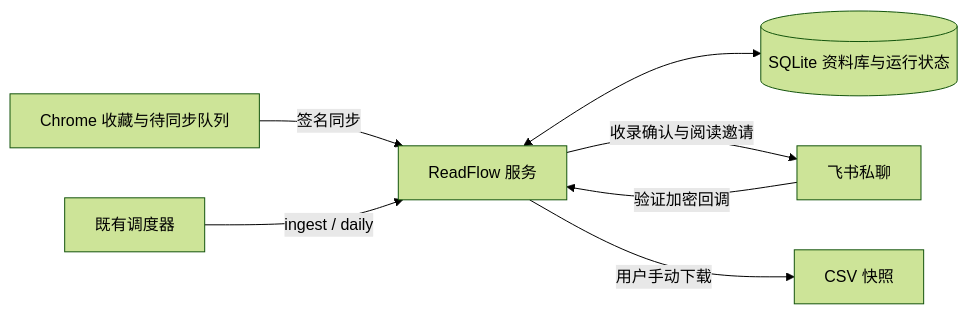
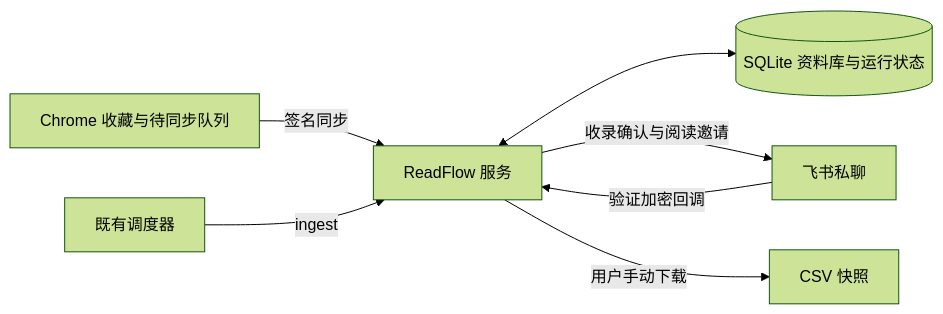
One commit to fifteenbao/NewsBridge changed the diagram in docs/ARCHITECTURE.md. Above: the diagram before and after it, drawn with Mermaid (forest theme). The commit also changed other lines of this file and 33 other files, not shown here.

````diff
--- a/docs/ARCHITECTURE.md
+++ b/docs/ARCHITECTURE.md
@@ -5,9 +5,9 @@
 ```mermaid
 flowchart LR
   Chrome[Chrome 收藏与待同步队列] -->|签名同步| Service[ReadFlow 服务]
   Chat[飞书私聊] -->|验证加密回调| Service
   Service <--> DB[(SQLite 资料库与运行状态)]
-  Scheduler[既有调度器] -->|ingest / daily| Service
+  Scheduler[既有调度器] -->|ingest| Service
   Service -->|收录确认与阅读邀请| Chat
   Service -->|用户手动下载| CSV[CSV 快照]
 ```
````
